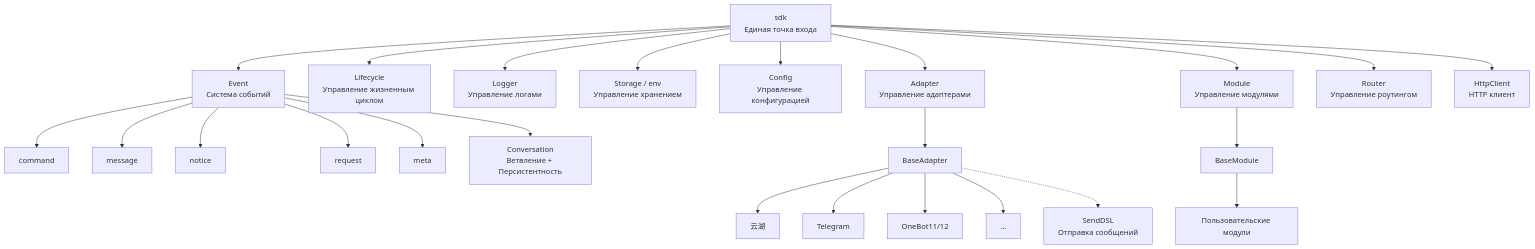
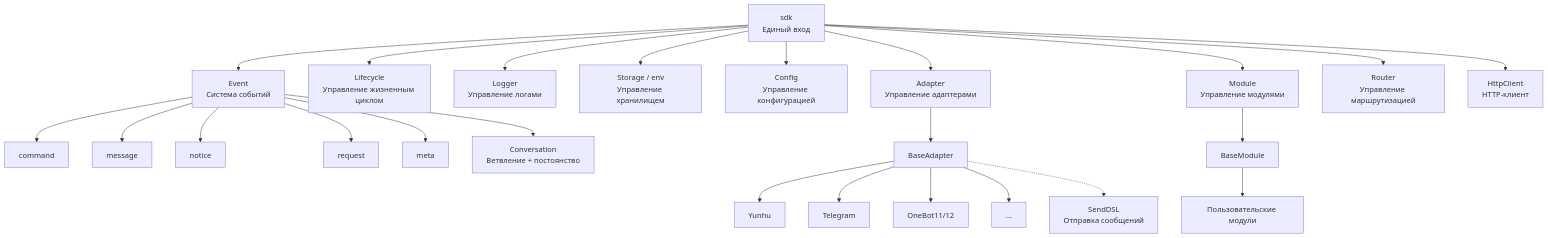
One commit to ErisPulse/ErisPulse changed the first of 7 diagrams in docs/ru/architecture.md. Above: the diagram before and after it, drawn with Mermaid. The commit also changed other lines of this file and 251 other files, not shown here.

````diff
--- a/docs/ru/architecture.md
+++ b/docs/ru/architecture.md
@@ -9,31 +13,31 @@
 ```mermaid
 graph TB
-    SDK["sdk<br/>Единая точка входа"]
+    SDK["sdk<br/>Единый вход"]
 
     SDK --> Event["Event<br/>Система событий"]
     SDK --> Lifecycle["Lifecycle<br/>Управление жизненным циклом"]
     SDK --> Logger["Logger<br/>Управление логами"]
-    SDK --> Storage["Storage / env<br/>Управление хранением"]
+    SDK --> Storage["Storage / env<br/>Управление хранилищем"]
     SDK --> Config["Config<br/>Управление конфигурацией"]
     SDK --> AdapterMgr["Adapter<br/>Управление адаптерами"]
     SDK --> ModuleMgr["Module<br/>Управление модулями"]
-    SDK --> Router["Router<br/>Управление роутингом"]
-    SDK --> Client["HttpClient<br/>HTTP клиент"]
+    SDK --> Router["Router<br/>Управление маршрутизацией"]
+    SDK --> Client["HttpClient<br/>HTTP-клиент"]
     Event --> Command["command"]
     Event --> Message["message"]
     Event --> Notice["notice"]
     Event --> Request["request"]
     Event --> Meta["meta"]
-    Event --> Conversation["Conversation<br/>Ветвление + Персистентность"]
+    Event --> Conversation["Conversation<br/>Ветвление + постоянство"]
 
     AdapterMgr --> BaseAdapter["BaseAdapter"]
-    BaseAdapter --> P1["云湖"]
+    BaseAdapter --> P1["Yunhu"]
     BaseAdapter --> P2["Telegram"]
     BaseAdapter --> P3["OneBot11/12"]
     BaseAdapter --> PN["..."]
 
     ModuleMgr --> BaseModule["BaseModule"]
     BaseModule --> CM["Пользовательские модули"]
 
     BaseAdapter -.-> SendDSL["SendDSL<br/>Отправка сообщений"]
 ```
````
